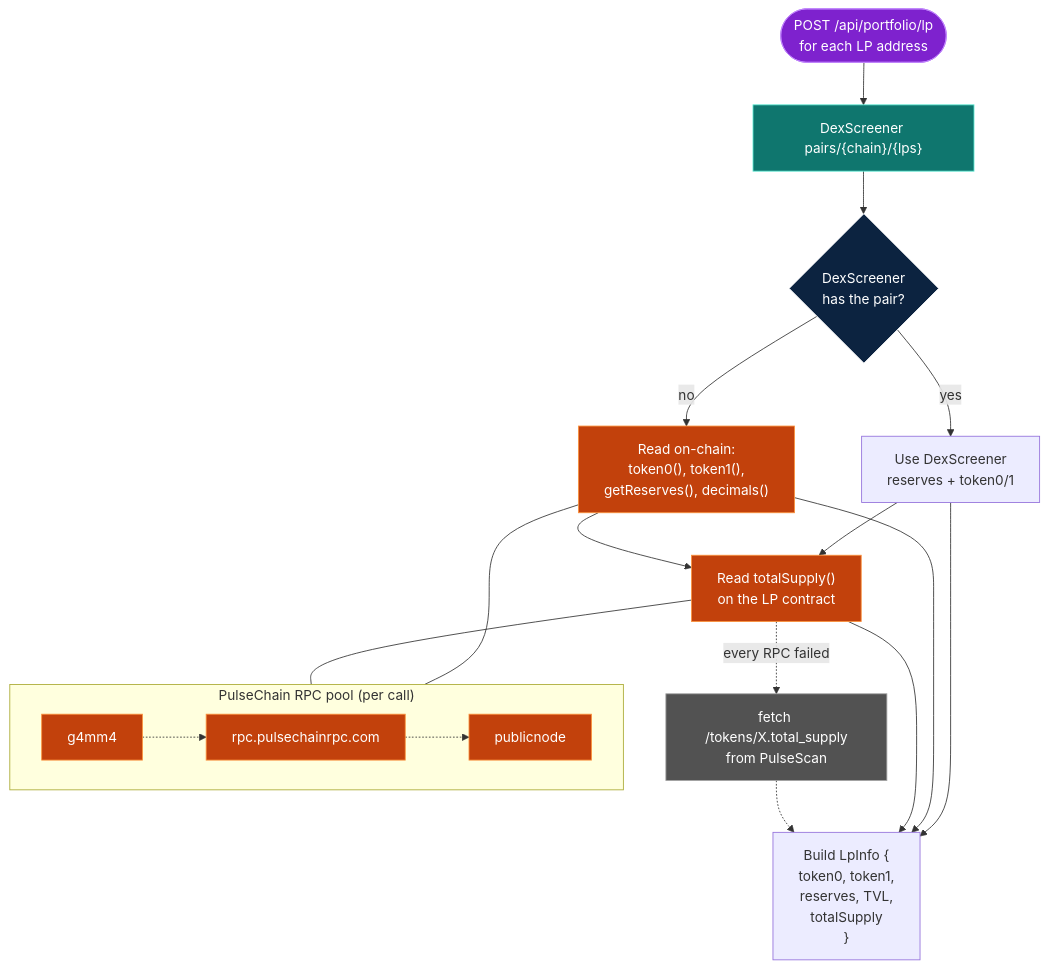
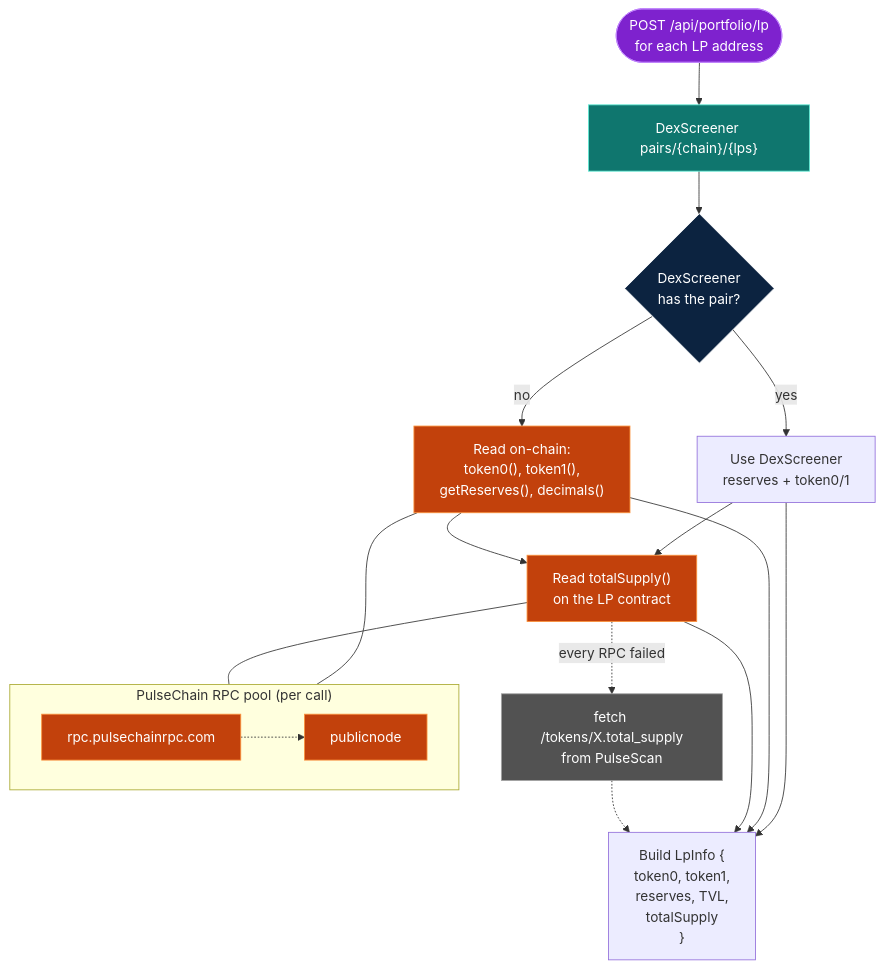
Before and after one commit to InVisionCRM/PulseChainAI.com: the third of 4 diagrams in docs/PORTFOLIO_FETCH_GRAPH.md, drawn with Mermaid. The commit also changed other lines of this file and 22 other files, not shown here.

````diff
--- a/docs/PORTFOLIO_FETCH_GRAPH.md
+++ b/docs/PORTFOLIO_FETCH_GRAPH.md
@@ -157,38 +156,37 @@
 ```mermaid
 flowchart TB
     classDef route fill:#7e22ce,stroke:#c084fc,color:#fff
     classDef rpc fill:#c2410c,stroke:#fb923c,color:#fff
     classDef dex fill:#0f766e,stroke:#5eead4,color:#fff
     classDef explorer fill:#525252,stroke:#a3a3a3,color:#fff
     classDef decision fill:#0c2340,stroke:#fff,color:#fff
 
     Start(["POST /api/portfolio/lp<br/>for each LP address"]):::route
 
     Pairs["DexScreener pairs/{chain}/{lps}"]:::dex
     HasPair{"DexScreener<br/>has the pair?"}:::decision
     UseDexReserves["Use DexScreener<br/>reserves + token0/1"]
     OnChainState["Read on-chain:<br/>token0(), token1(),<br/>getReserves(), decimals()"]:::rpc
     TotalSupply["Read totalSupply()<br/>on the LP contract"]:::rpc
     TSFallback["fetch /tokens/X.total_supply<br/>from PulseScan"]:::explorer
     Build["Build LpInfo {<br/>  token0, token1,<br/>  reserves, TVL,<br/>  totalSupply<br/>}"]
 
     Start --> Pairs --> HasPair
     HasPair -->|yes| UseDexReserves --> TotalSupply
     HasPair -->|no| OnChainState --> TotalSupply
     TotalSupply -.->|every RPC failed| TSFallback
     UseDexReserves --> Build
     OnChainState --> Build
     TotalSupply --> Build
     TSFallback -.-> Build
 
     subgraph RpcPool["PulseChain RPC pool (per call)"]
       direction LR
-      Try1["g4mm4"]:::rpc
       Try2["rpc.pulsechainrpc.com"]:::rpc
       Try3["publicnode"]:::rpc
-      Try1 -.-> Try2 -.-> Try3
+      Try2 -.-> Try3
     end
 
     OnChainState --- RpcPool
     TotalSupply --- RpcPool
 ```
````
